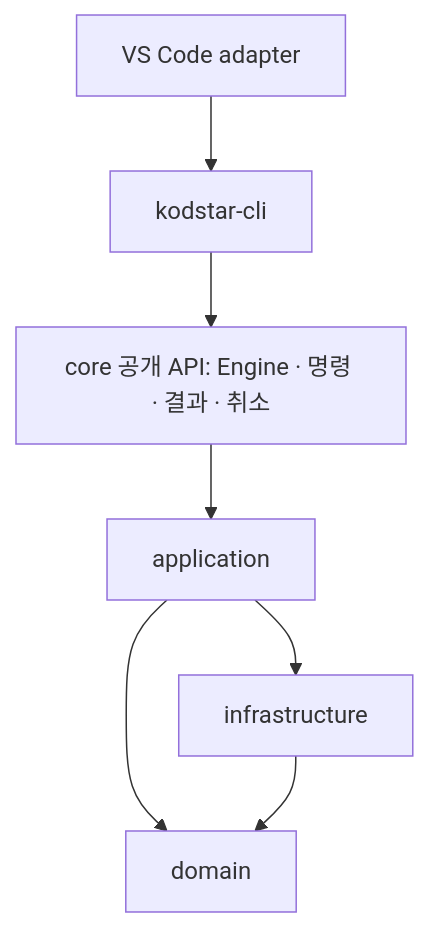
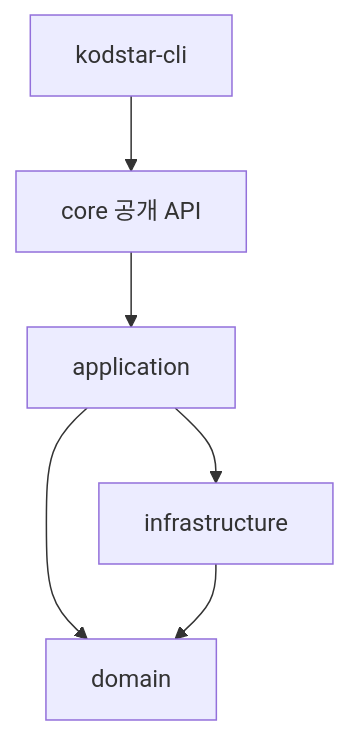
The first of 2 diagrams in docs/architecture.md (keonho-kim/kodstar), drawn with Mermaid before and after one commit. The commit also changed other lines of this file and 261 other files, not shown here.

````diff
--- a/docs/architecture.md
+++ b/docs/architecture.md
@@ -8,9 +9,8 @@
 ```mermaid
 flowchart TD
-    EDITOR["VS Code adapter"] --> CLI["kodstar-cli"]
-    CLI --> API["core 공개 API: Engine · 명령 · 결과 · 취소"]
-    API --> APP["application"]
-    APP --> DOMAIN["domain"]
-    APP --> INFRA["infrastructure"]
+    CLI[kodstar-cli] --> API[core 공개 API]
+    API --> APP[application]
+    APP --> DOMAIN[domain]
+    APP --> INFRA[infrastructure]
     INFRA --> DOMAIN
 ```
````
